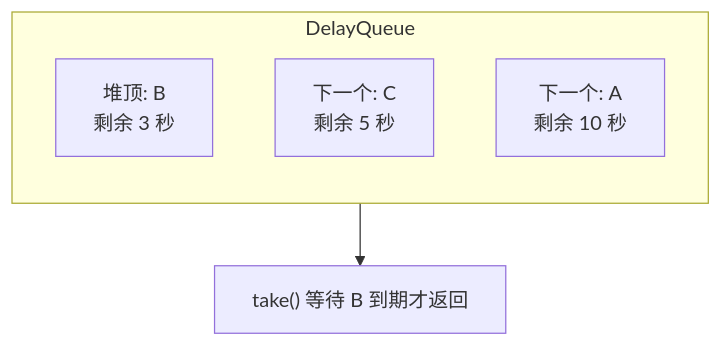
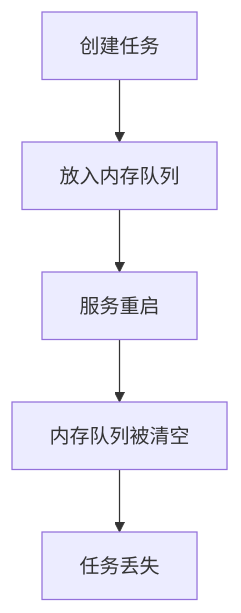
Before and after one commit to rebibabo/rebibabo.github.io: the diagram in images/Java-concurrency/IMG-20260707-000191.mmd, drawn with Mermaid. The commit also changed 472 other files, not shown here.

```diff
--- a/images/Java-concurrency/IMG-20260707-000191.mmd
+++ b/images/Java-concurrency/IMG-20260707-000191.mmd
@@ -1,8 +1,5 @@
-flowchart TB
-    subgraph dq["DelayQueue"]
-        direction TB
-        top["堆顶: B<br>剩余 3 秒"]
-        mid["下一个: C<br>剩余 5 秒"]
-        bot["下一个: A<br>剩余 10 秒"]
-    end
-    dq --> consumer["take() 等待 B 到期才返回"]
+flowchart TD
+    A["创建任务"] --> B["放入内存队列"]
+    B --> C["服务重启"]
+    C --> D["内存队列被清空"]
+    D --> E["任务丢失"]
```
